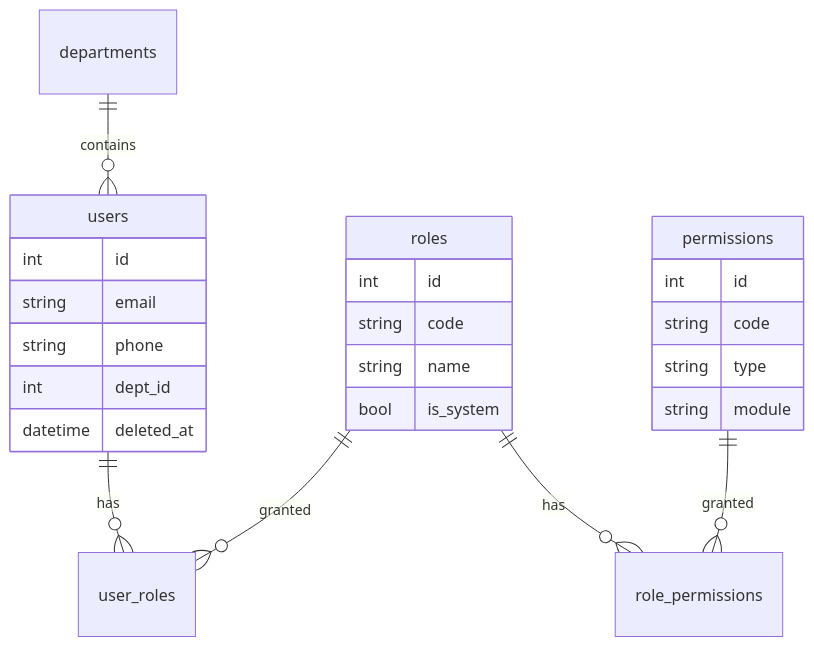
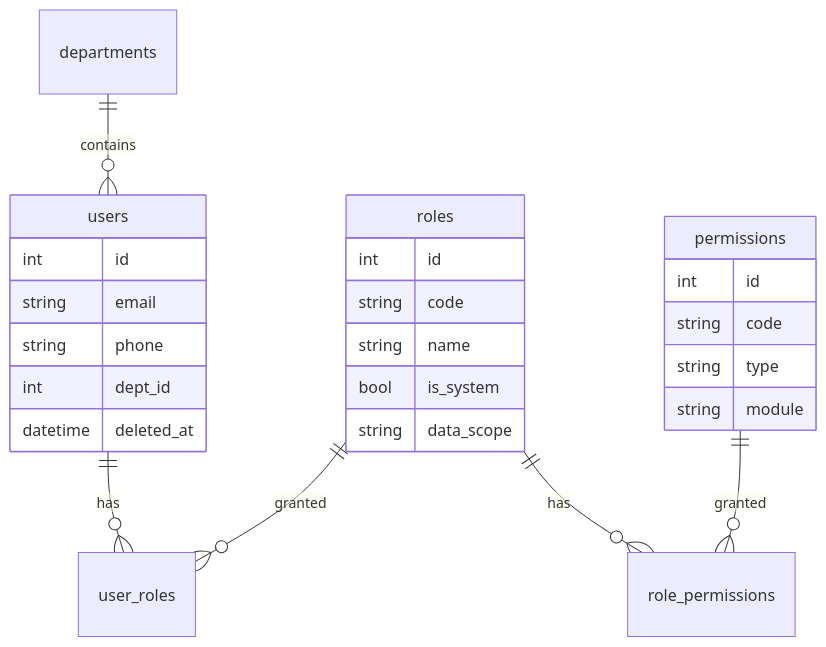
One commit to 15077171396/open-cat changed the fourth of 6 diagrams in docs/07-开源文档/04-架构文档.md. Above: the diagram before and after it, drawn with Mermaid. The commit also changed other lines of this file and 11 other files, not shown here.

First line of the commit message:
docs: 修 README 首屏裂图并同步四轮改动的文档

````diff
--- a/docs/07-开源文档/04-架构文档.md
+++ b/docs/07-开源文档/04-架构文档.md
@@ -184,12 +252,12 @@
 ```mermaid
 erDiagram
   users ||--o{ user_roles : has
   roles ||--o{ user_roles : granted
   roles ||--o{ role_permissions : has
   permissions ||--o{ role_permissions : granted
   departments ||--o{ users : contains
 
   users { int id string email string phone int dept_id datetime deleted_at }
-  roles { int id string code string name bool is_system }
+  roles { int id string code string name bool is_system string data_scope }
   permissions { int id string code string type string module }
 ```
````
